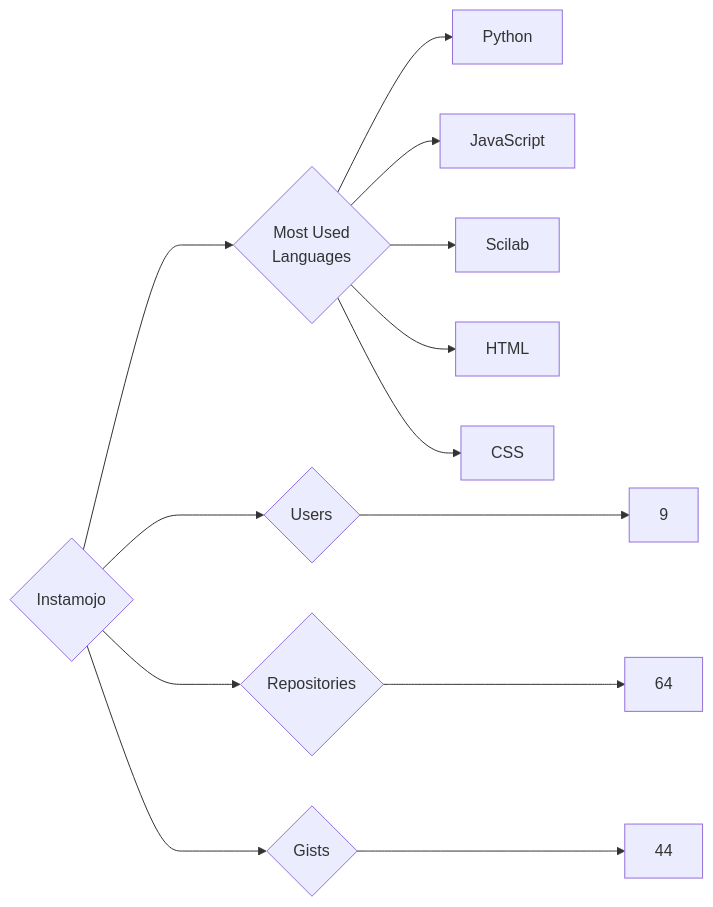
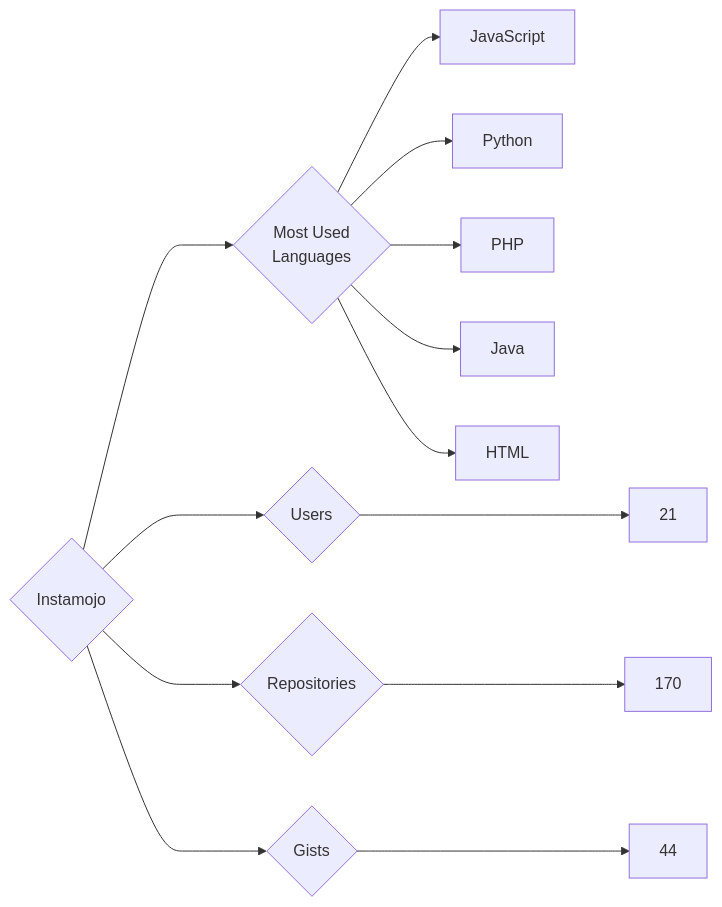
The diagram in targets/Instamojo/README.md (trickest/insiders), drawn with Mermaid before and after one commit. The commit also changed 1314 other files, not shown here.

````diff
--- a/targets/Instamojo/README.md
+++ b/targets/Instamojo/README.md
@@ -3,13 +3,13 @@
 ```mermaid
 graph LR
 COMPANY_NAME{Instamojo}
-COMPANY_NAME ---> U{Users} ---> UN[9]
-COMPANY_NAME ---> R{Repositories} ---> RN[64]
+COMPANY_NAME ---> U{Users} ---> UN[21]
+COMPANY_NAME ---> R{Repositories} ---> RN[170]
 COMPANY_NAME ---> G{Gists} ---> GN[44]
 COMPANY_NAME ---> ML{Most Used<br>Languages}
+ML --> JavaScript[JavaScript]
 ML --> Python[Python]
-ML --> JavaScript[JavaScript]
-ML --> Scilab[Scilab]
+ML --> PHP[PHP]
+ML --> Java[Java]
 ML --> HTML[HTML]
-ML --> CSS[CSS]
 ```
````
